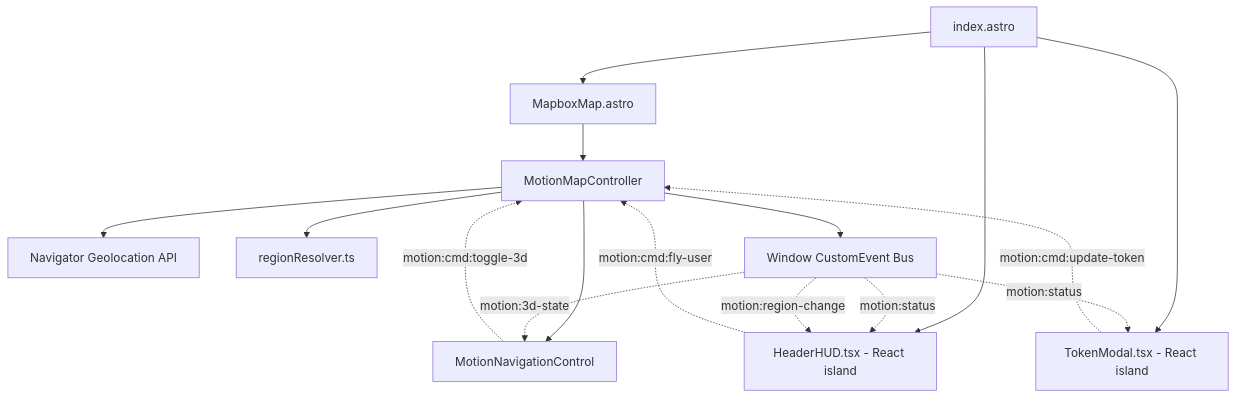
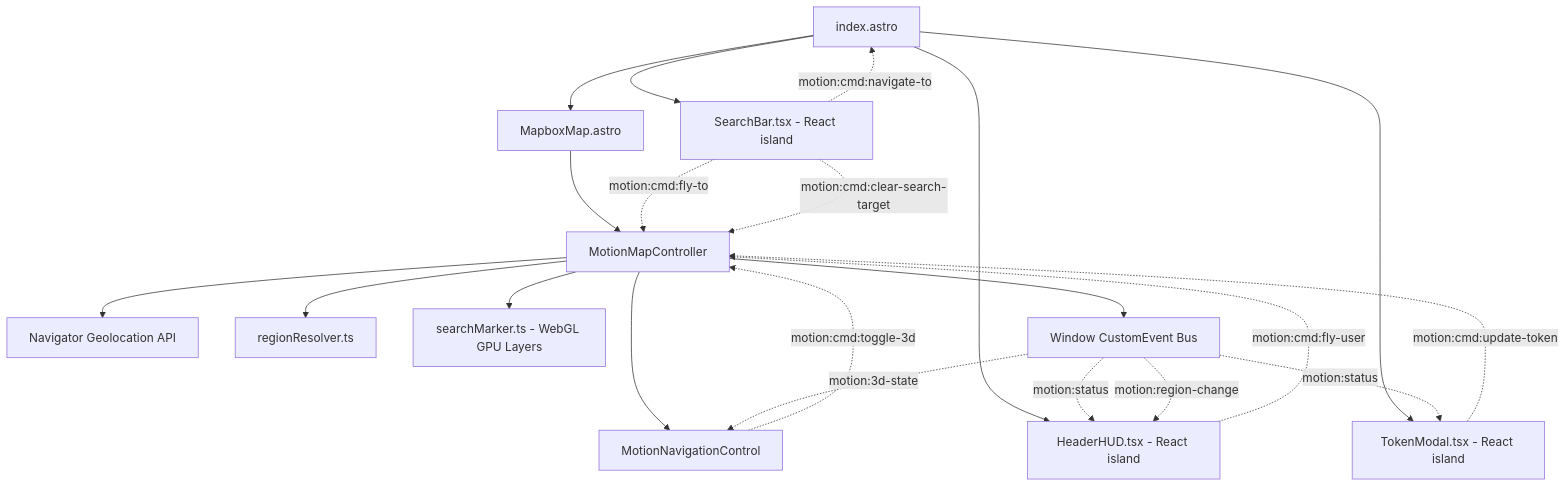
The diagram in UI/ARCHITECTURE.md (LucidMach/Motion), drawn with Mermaid before and after one commit. The commit also changed other lines of this file and 13 other files, not shown here.

````diff
--- a/UI/ARCHITECTURE.md
+++ b/UI/ARCHITECTURE.md
@@ -11,20 +11,25 @@
 ```mermaid
 graph TD
     App[index.astro] --> Map[MapboxMap.astro]
     App --> HUD[HeaderHUD.tsx - React island]
     App --> Modal[TokenModal.tsx - React island]
+    App --> Search[SearchBar.tsx - React island]
 
     Map --> Controller[MotionMapController]
     Controller --> NavDock[MotionNavigationControl]
     Controller --> Geolocation[Navigator Geolocation API]
     Controller --> RegionEngine[regionResolver.ts]
+    Controller --> SearchTarget[searchMarker.ts - WebGL GPU Layers]
     Controller --> EventBus[Window CustomEvent Bus]
 
     EventBus -.->|motion:status| HUD
     EventBus -.->|motion:status| Modal
     EventBus -.->|motion:region-change| HUD
     EventBus -.->|motion:3d-state| NavDock
     HUD -.->|motion:cmd:fly-user| Controller
     NavDock -.->|motion:cmd:toggle-3d| Controller
     Modal -.->|motion:cmd:update-token| Controller
+    Search -.->|motion:cmd:fly-to| Controller
+    Search -.->|motion:cmd:clear-search-target| Controller
+    Search -.->|motion:cmd:navigate-to| App
 ```
````
